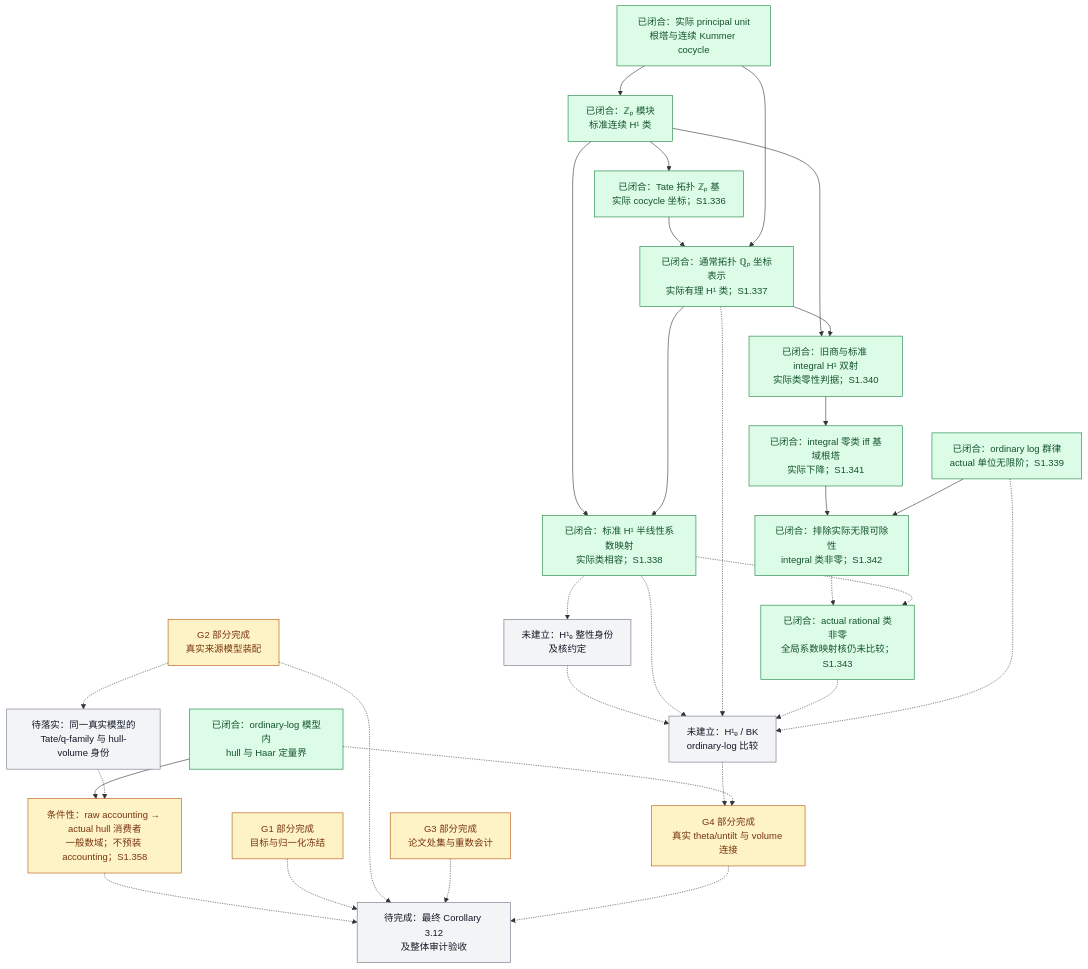
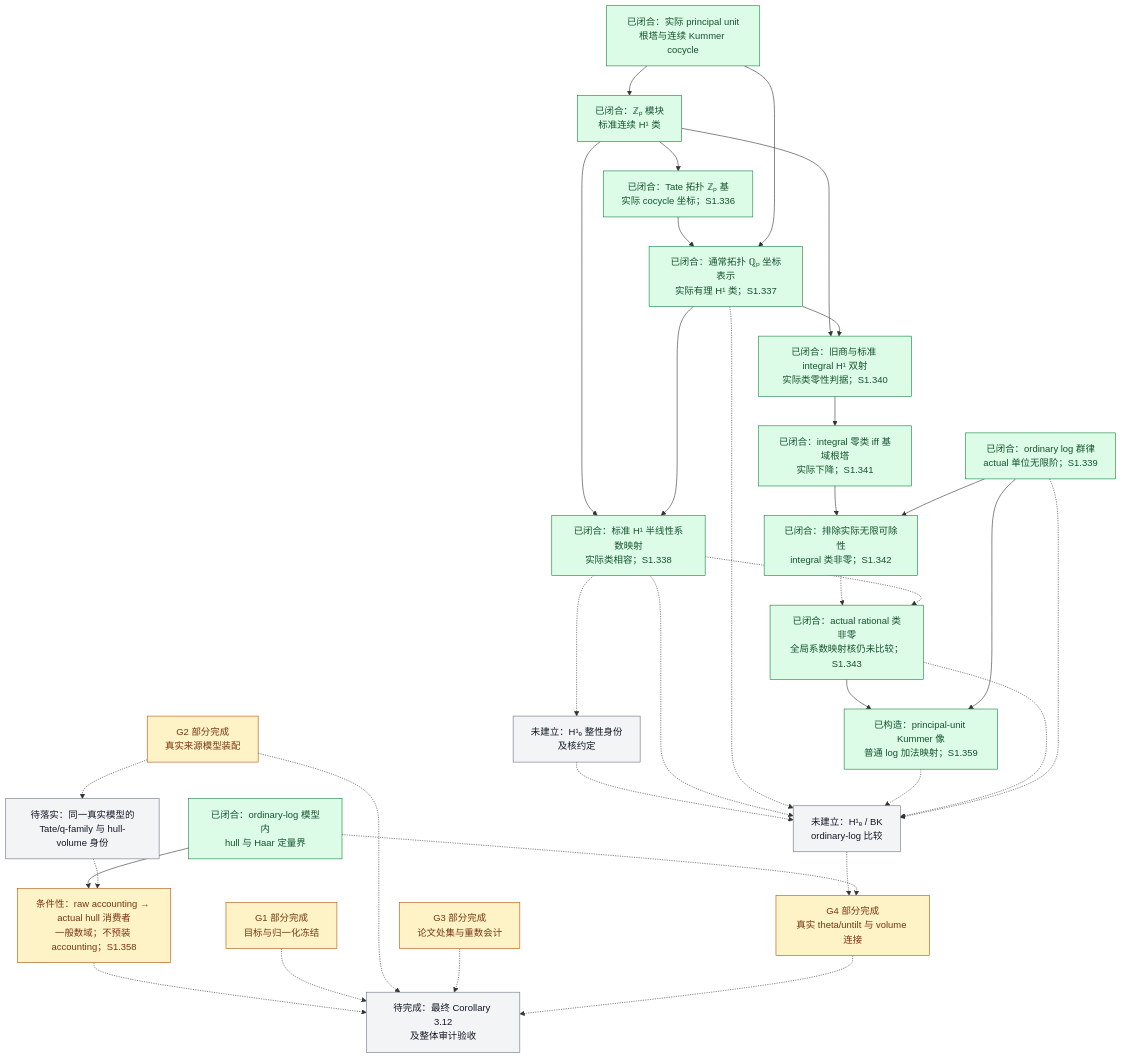
The diagram in docs/Scene1进度总览.md (Ember-Institute/KirtiJoshi-abc), drawn with Mermaid before and after one commit. The commit also changed other lines of this file and 4 other files, not shown here.

Commit message:
Record principal Kummer image logarithm and validation evidence

````diff
--- a/docs/Scene1进度总览.md
+++ b/docs/Scene1进度总览.md
@@ -75,62 +75,67 @@
 ```mermaid
 flowchart TD
     K["已闭合：实际 principal unit<br/>根塔与连续 Kummer cocycle"]
     Z["已闭合：ℤₚ 模块<br/>标准连续 H¹ 类"]
     T["已闭合：Tate 拓扑 ℤₚ 基<br/>实际 cocycle 坐标；S1.336"]
     Q["已闭合：通常拓扑 ℚₚ 坐标表示<br/>实际有理 H¹ 类；S1.337"]
     I["已闭合：标准 H¹ 半线性系数映射<br/>实际类相容；S1.338"]
     J["未建立：H¹ₑ 整性身份<br/>及核约定"]
     C0["已闭合：旧商与标准 integral H¹ 双射<br/>实际类零性判据；S1.340"]
     R0["已闭合：integral 零类 iff 基域根塔<br/>实际下降；S1.341"]
     N0["已闭合：排除实际无限可除性<br/>integral 类非零；S1.342"]
     NQ["已闭合：actual rational 类非零<br/>全局系数映射核仍未比较；S1.343"]
+    KL["已构造：principal-unit Kummer 像<br/>普通 log 加法映射；S1.359"]
     B["未建立：H¹ₑ / BK<br/>ordinary-log 比较"]
     H["已闭合：ordinary-log 模型内<br/>hull 与 Haar 定量界"]
     L["已闭合：ordinary log 群律<br/>actual 单位无限阶；S1.339"]
     V["G4 部分完成<br/>真实 theta/untilt 与 volume 连接"]
     G1["G1 部分完成<br/>目标与归一化冻结"]
     G2["G2 部分完成<br/>真实来源模型装配"]
     G3["G3 部分完成<br/>论文处集与重数会计"]
     RH["条件性：raw accounting → actual hull 消费者<br/>一般数域；不预装 accounting；S1.358"]
     VH["待落实：同一真实模型的<br/>Tate/q-family 与 hull-volume 身份"]
     C["待完成：最终 Corollary 3.12<br/>及整体审计验收"]
 
     K --> Z
     Z --> T
     T --> Q
     K --> Q
     Z --> I
     Q --> I
     I -.-> J
     J -.-> B
     I -.-> B
     Q -.-> B
     Z --> C0
     Q --> C0
     C0 --> R0
     R0 --> N0
     L --> N0
     N0 -.-> NQ
     I -.-> NQ
+    NQ --> KL
+    L --> KL
+    KL -.-> B
     NQ -.-> B
     L -.-> B
     B -.-> V
     H -.-> V
     H --> RH
     G2 -.-> VH
     VH -.-> RH
     RH -.-> C
     G1 -.-> C
     G2 -.-> C
     G3 -.-> C
     V -.-> C
 
     classDef done fill:#dcfce7,stroke:#15803d,color:#14532d;
     classDef partial fill:#fef3c7,stroke:#b45309,color:#78350f;
     classDef open fill:#f3f4f6,stroke:#6b7280,color:#111827;
     class K,Z,T,Q,H,I,L,C0,R0,N0 done;
     class G1,G2,G3,V partial;
     class J,B,C,VH open;
     class RH partial;
+    class KL done;
     class NQ done;
 ```
````
